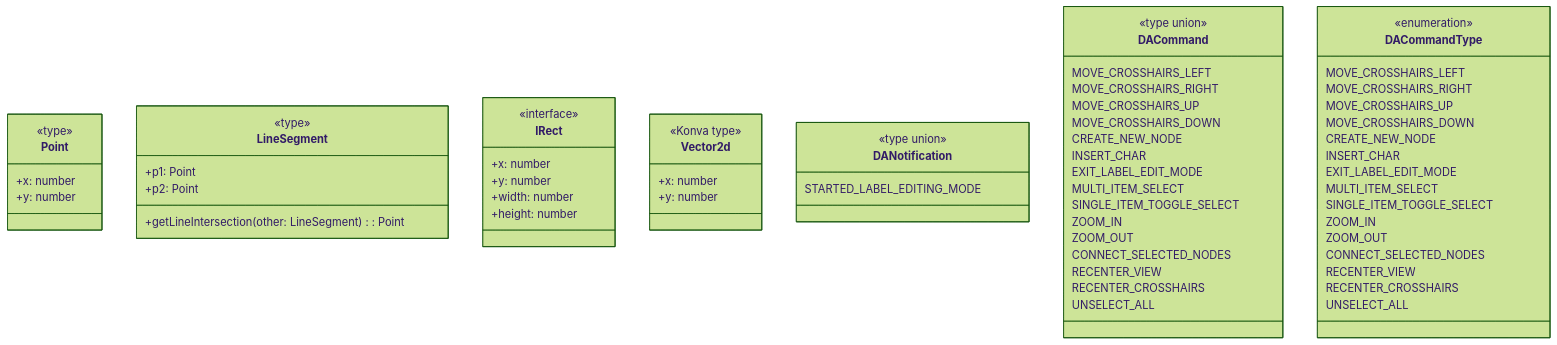
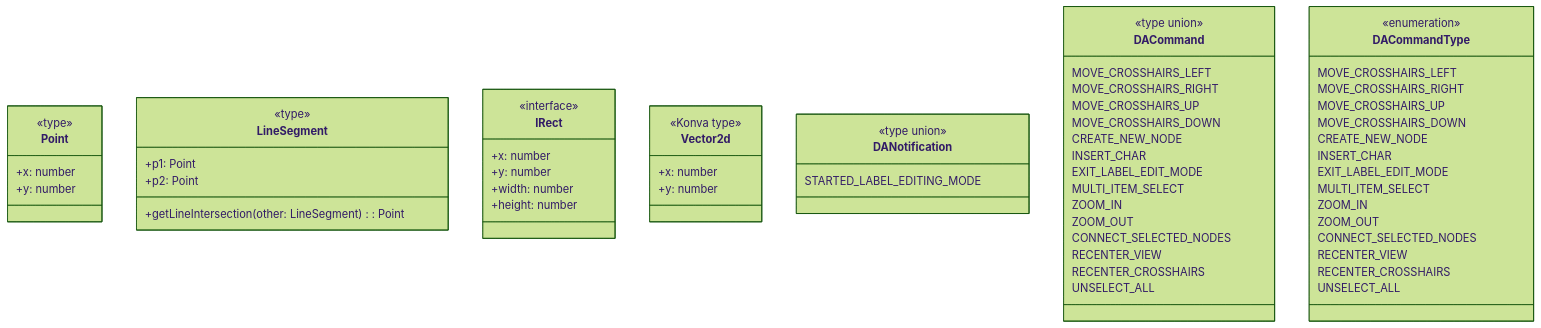
One commit to bnjmnbrmn/kidraw changed the sixth of 6 diagrams in docs/inheritance-diagrams.md. Above: the diagram before and after it, drawn with Mermaid (forest theme). The commit also changed 9 other files, not shown here.

First line of the commit message:
Retire SINGLE_ITEM_TOGGLE_SELECT; the edit keys select what is highlighted

````diff
--- a/docs/inheritance-diagrams.md
+++ b/docs/inheritance-diagrams.md
@@ -329,72 +329,70 @@
 ```mermaid
 classDiagram
     class Point {
         <<type>>
         +x: number
         +y: number
     }
 
     class LineSegment {
         <<type>>
         +p1: Point
         +p2: Point
         +getLineIntersection(other: LineSegment): Point
     }
 
     class IRect {
         <<interface>>
         +x: number
         +y: number
         +width: number
         +height: number
     }
 
     class Vector2d {
         <<Konva type>>
         +x: number
         +y: number
     }
 
     class DANotification {
         <<type union>>
         STARTED_LABEL_EDITING_MODE
     }
 
     class DACommand {
         <<type union>>
         MOVE_CROSSHAIRS_LEFT
         MOVE_CROSSHAIRS_RIGHT
         MOVE_CROSSHAIRS_UP
         MOVE_CROSSHAIRS_DOWN
         CREATE_NEW_NODE
         INSERT_CHAR
         EXIT_LABEL_EDIT_MODE
         MULTI_ITEM_SELECT
-        SINGLE_ITEM_TOGGLE_SELECT
         ZOOM_IN
         ZOOM_OUT
         CONNECT_SELECTED_NODES
         RECENTER_VIEW
         RECENTER_CROSSHAIRS
         UNSELECT_ALL
     }
 
     class DACommandType {
         <<enumeration>>
         MOVE_CROSSHAIRS_LEFT
         MOVE_CROSSHAIRS_RIGHT
         MOVE_CROSSHAIRS_UP
         MOVE_CROSSHAIRS_DOWN
         CREATE_NEW_NODE
         INSERT_CHAR
         EXIT_LABEL_EDIT_MODE
         MULTI_ITEM_SELECT
-        SINGLE_ITEM_TOGGLE_SELECT
         ZOOM_IN
         ZOOM_OUT
         CONNECT_SELECTED_NODES
         RECENTER_VIEW
         RECENTER_CROSSHAIRS
         UNSELECT_ALL
     }
 ```
````
